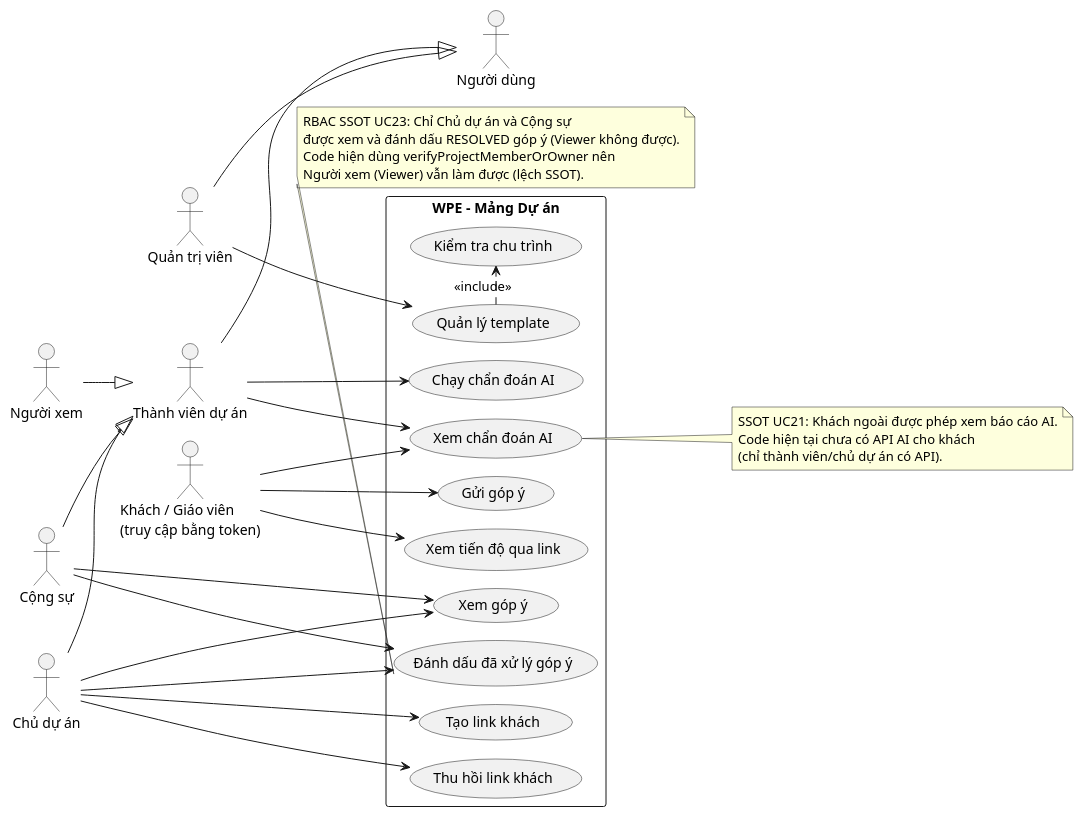
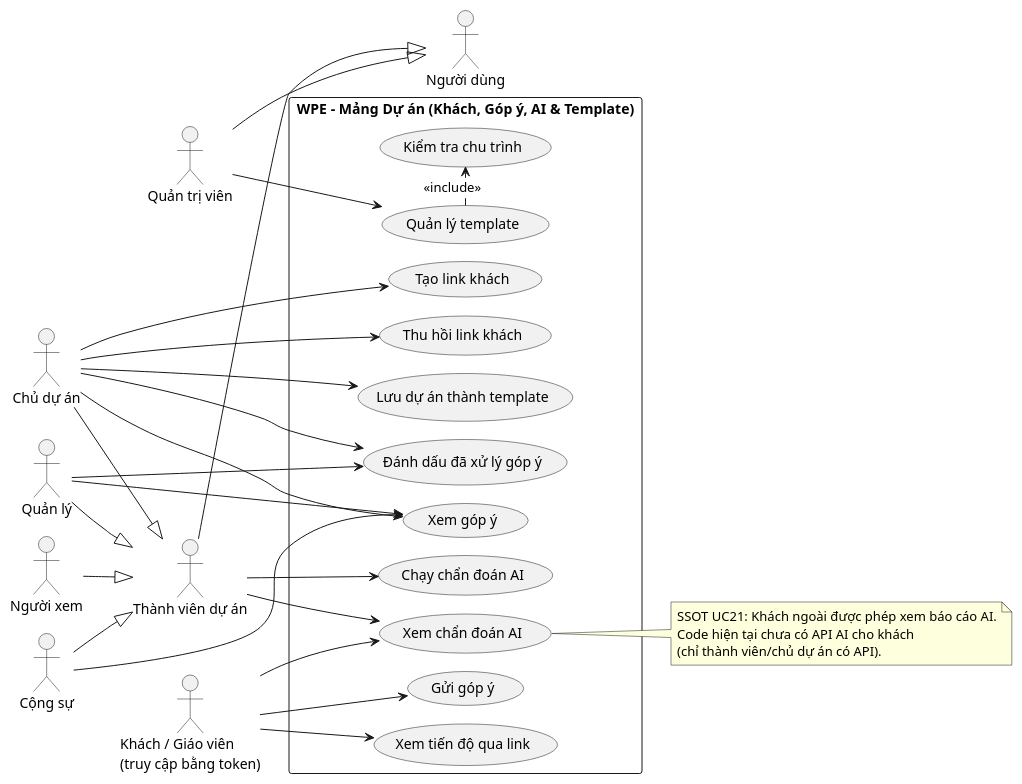
One commit to ThanhThien-coder/Workflow-Pipeline-Engine changed the second of 2 diagrams in docs/ooad/D-du-an/uc-du-an.puml. Above: the diagram before and after it, drawn with PlantUML. The commit also changed other lines of this file and 8 other files, not shown here.

```diff
--- a/docs/ooad/D-du-an/uc-du-an.puml
+++ b/docs/ooad/D-du-an/uc-du-an.puml
@@ -57,67 +66,65 @@
 @startuml uc-du-an-ben-ngoai
 !pragma layout smetana
 left to right direction
 skinparam packageStyle rectangle
 skinparam shadowing false
 
 actor "Người dùng" as User
 actor "Quản trị viên" as Admin
 actor "Thành viên dự án" as Member
+actor "Chủ dự án" as Owner
+actor "Quản lý" as Manager
 actor "Cộng sự" as Collab
-actor "Chủ dự án" as Owner
 actor "Người xem" as Viewer
 actor "Khách / Giáo viên\n(truy cập bằng token)" as Guest
 
 Admin --|> User
 Member --|> User
 Owner --|> Member
+Manager --|> Member
 Collab --|> Member
 Viewer --|> Member
 
-rectangle "WPE - Mảng Dự án" {
+rectangle "WPE - Mảng Dự án (Khách, Góp ý, AI & Template)" {
   usecase "Tạo link khách" as UC_CreateGuestLink
   usecase "Thu hồi link khách" as UC_RevokeGuestLink
   usecase "Xem tiến độ qua link" as UC_ViewGuestProgress
   usecase "Gửi góp ý" as UC_SendFeedback
   usecase "Xem góp ý" as UC_ViewFeedback
   usecase "Đánh dấu đã xử lý góp ý" as UC_ResolveFeedback
   usecase "Xem chẩn đoán AI" as UC_ViewAiDiag
   usecase "Chạy chẩn đoán AI" as UC_RunAiDiag
   usecase "Quản lý template" as UC_ManageTemplate
   usecase "Kiểm tra chu trình" as UC_CheckCycle
+  usecase "Lưu dự án thành template" as UC_SaveTemplate
 }
 
 Owner --> UC_CreateGuestLink
 Owner --> UC_RevokeGuestLink
+Owner --> UC_ViewFeedback
+Owner --> UC_ResolveFeedback
+Owner --> UC_SaveTemplate
+
+Manager --> UC_ViewFeedback
+Manager --> UC_ResolveFeedback
+
+Collab --> UC_ViewFeedback
 
 Guest --> UC_ViewGuestProgress
 Guest --> UC_SendFeedback
 Guest --> UC_ViewAiDiag
 
 note right of UC_ViewAiDiag
   SSOT UC21: Khách ngoài được phép xem báo cáo AI.
   Code hiện tại chưa có API AI cho khách
   (chỉ thành viên/chủ dự án có API).
 end note
 
-Collab --> UC_ViewFeedback
-Owner --> UC_ViewFeedback
-
-Collab --> UC_ResolveFeedback
-Owner --> UC_ResolveFeedback
-
-note bottom of UC_ResolveFeedback
-  RBAC SSOT UC23: Chỉ Chủ dự án và Cộng sự
-  được xem và đánh dấu RESOLVED góp ý (Viewer không được).
-  Code hiện dùng verifyProjectMemberOrOwner nên
-  Người xem (Viewer) vẫn làm được (lệch SSOT).
-end note
-
 Member --> UC_ViewAiDiag
 Member --> UC_RunAiDiag
 
 Admin --> UC_ManageTemplate
 
 UC_ManageTemplate .> UC_CheckCycle : <<include>>
 
 @enduml
```
